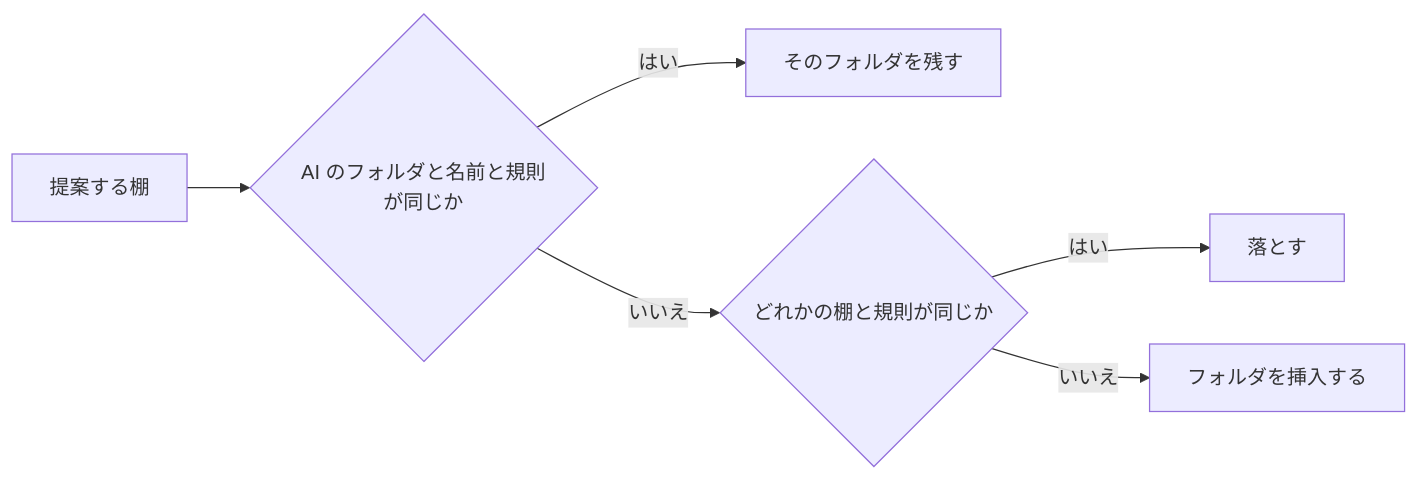
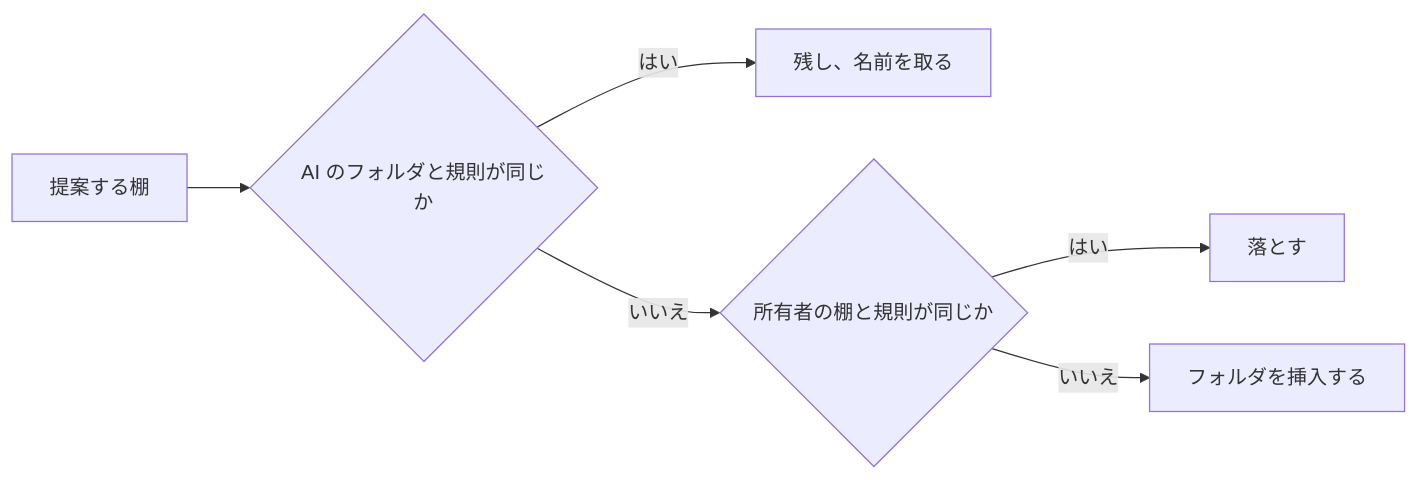
One commit to syudead/vv changed the diagram in translations/ja/specs/057-ai-home/research.md. Above: the diagram before and after it, drawn with Mermaid. The commit also changed other lines of this file and 7 other files, not shown here.

````diff
--- a/translations/ja/specs/057-ai-home/research.md
+++ b/translations/ja/specs/057-ai-home/research.md
@@ -64,8 +66,8 @@
 ```mermaid
 flowchart LR
-  p[提案する棚] --> same{AI のフォルダと名前と規則が同じか}
-  same -->|はい| keep[そのフォルダを残す]
-  same -->|いいえ| dup{どれかの棚と規則が同じか}
-  dup -->|はい| drop[落とす]
-  dup -->|いいえ| add[フォルダを挿入する]
+  p[提案する棚] --> ai{AI のフォルダと規則が同じか}
+  ai -->|はい| keep[残し、名前を取る]
+  ai -->|いいえ| own{所有者の棚と規則が同じか}
+  own -->|はい| drop[落とす]
+  own -->|いいえ| add[フォルダを挿入する]
 ```
````
